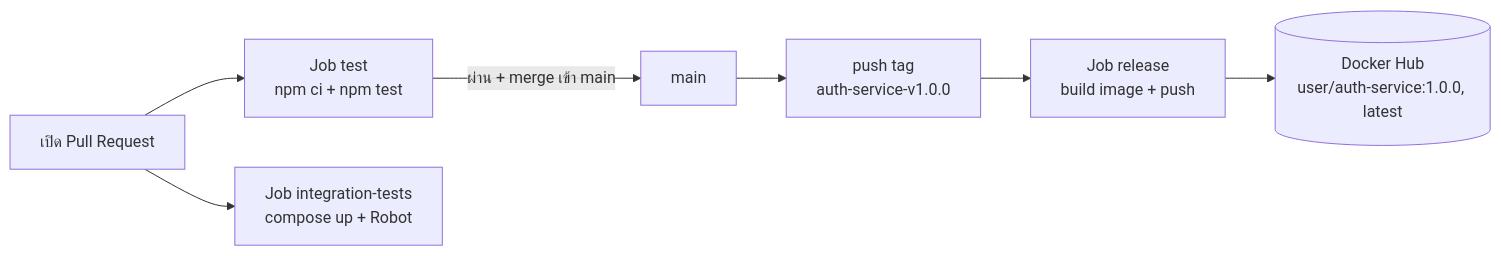
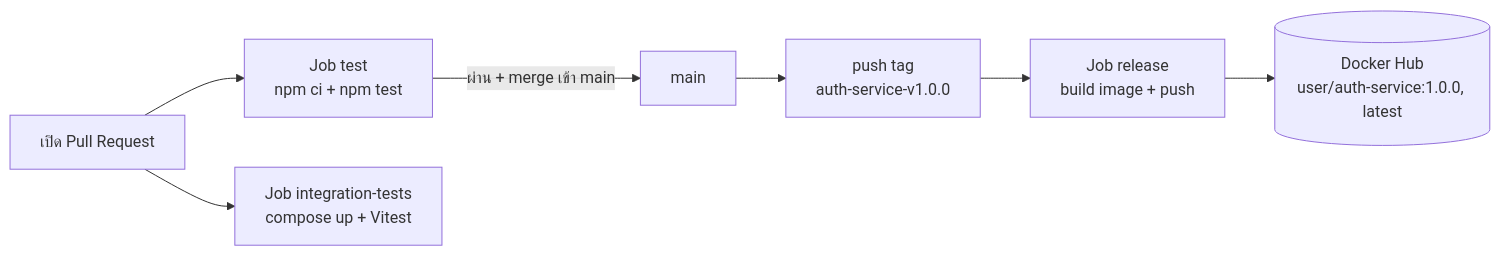
Before and after one commit to POTAEPT/Deployment-FinalProject: the fourth of 4 diagrams in docs/system-design.md, drawn with Mermaid. The commit also changed other lines of this file and 8 other files, not shown here.

First line of the commit message:
docs: switch test tooling from Robot Framework to Vitest + supertest

````diff
--- a/docs/system-design.md
+++ b/docs/system-design.md
@@ -87,9 +87,9 @@
 ```mermaid
 flowchart LR
     PR[เปิด Pull Request] --> T[Job test<br/>npm ci + npm test]
     T -->|ผ่าน + merge เข้า main| M[main]
     M --> TAG[push tag<br/>auth-service-v1.0.0]
     TAG --> R[Job release<br/>build image + push]
     R --> DH[(Docker Hub<br/>user/auth-service:1.0.0, latest)]
-    PR --> IT[Job integration-tests<br/>compose up + Robot]
+    PR --> IT[Job integration-tests<br/>compose up + Vitest]
 ```
````
